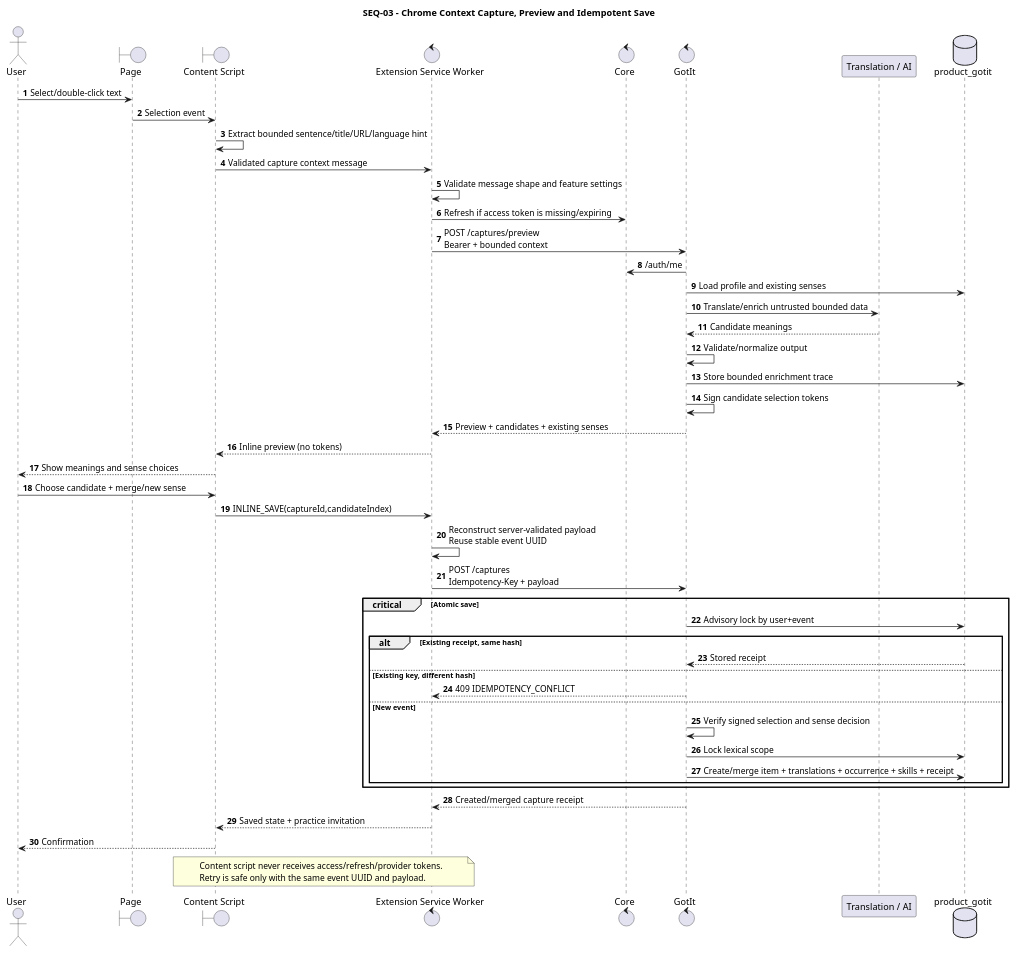
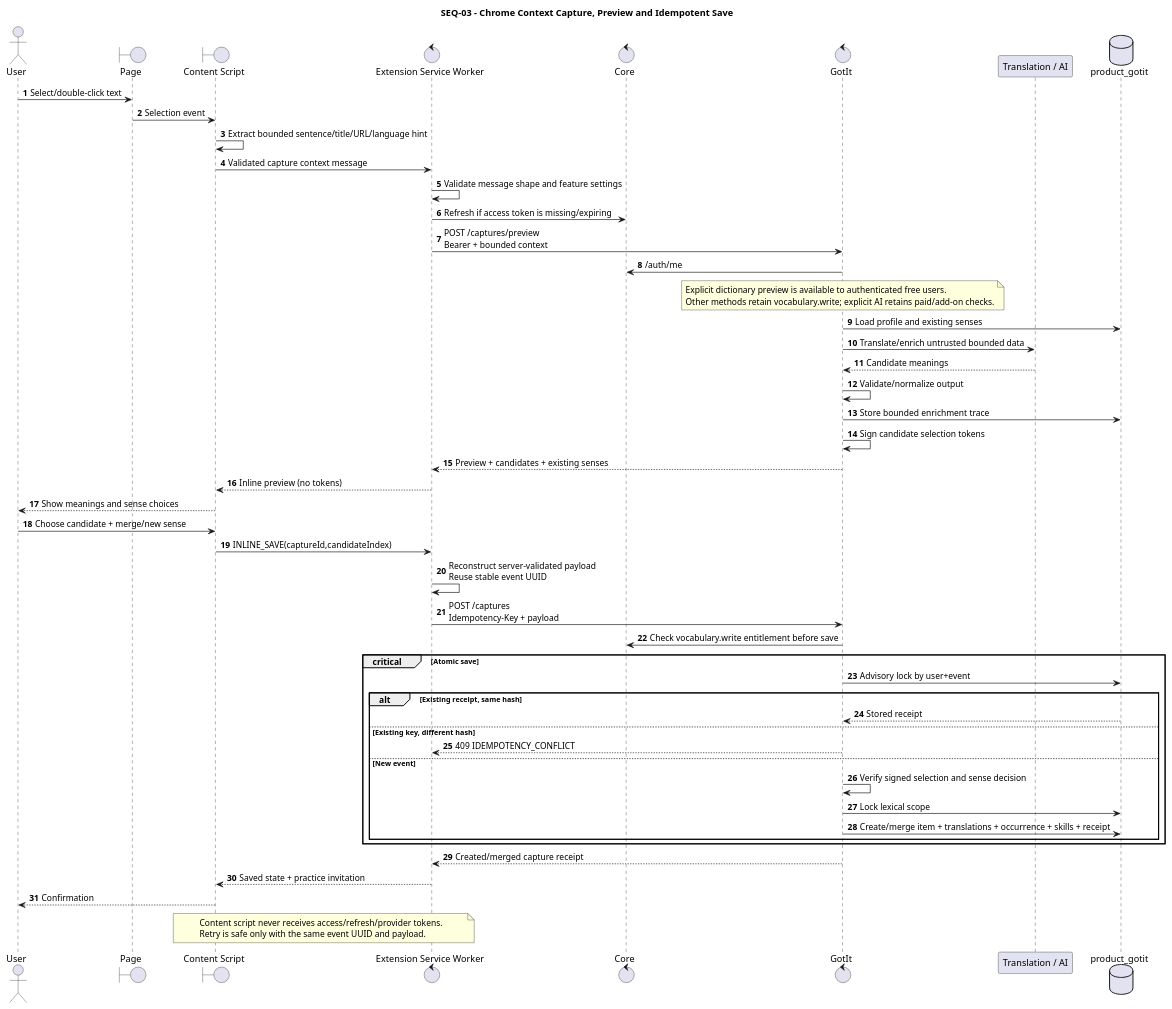
The diagram in uml/03-capture-extension.puml (rbaseapp/gotit-project-spec), drawn with PlantUML before and after one commit. The commit also changed 11 other files, not shown here.

First line of the commit message:
Document free Google preview contract and regression evidence

```diff
--- a/uml/03-capture-extension.puml
+++ b/uml/03-capture-extension.puml
@@ -1,53 +1,58 @@
 @startuml
 title SEQ-03 - Chrome Context Capture, Preview and Idempotent Save
 autonumber
 actor User
 boundary Page
 boundary Content as "Content Script"
 control Worker as "Extension Service Worker"
 control Core
 control GotIt
 participant Provider as "Translation / AI"
 database DB as "product_gotit"
 
 User -> Page: Select/double-click text
 Page -> Content: Selection event
 Content -> Content: Extract bounded sentence/title/URL/language hint
 Content -> Worker: Validated capture context message
 Worker -> Worker: Validate message shape and feature settings
 Worker -> Core: Refresh if access token is missing/expiring
 Worker -> GotIt: POST /captures/preview\nBearer + bounded context
 GotIt -> Core: /auth/me
+note over GotIt
+Explicit dictionary preview is available to authenticated free users.
+Other methods retain vocabulary.write; explicit AI retains paid/add-on checks.
+end note
 GotIt -> DB: Load profile and existing senses
 GotIt -> Provider: Translate/enrich untrusted bounded data
 Provider --> GotIt: Candidate meanings
 GotIt -> GotIt: Validate/normalize output
 GotIt -> DB: Store bounded enrichment trace
 GotIt -> GotIt: Sign candidate selection tokens
 GotIt --> Worker: Preview + candidates + existing senses
 Worker --> Content: Inline preview (no tokens)
 Content --> User: Show meanings and sense choices
 User -> Content: Choose candidate + merge/new sense
 Content -> Worker: INLINE_SAVE(captureId,candidateIndex)
 Worker -> Worker: Reconstruct server-validated payload\nReuse stable event UUID
 Worker -> GotIt: POST /captures\nIdempotency-Key + payload
+GotIt -> Core: Check vocabulary.write entitlement before save
 critical Atomic save
   GotIt -> DB: Advisory lock by user+event
   alt Existing receipt, same hash
     DB --> GotIt: Stored receipt
   else Existing key, different hash
     GotIt --> Worker: 409 IDEMPOTENCY_CONFLICT
   else New event
     GotIt -> GotIt: Verify signed selection and sense decision
     GotIt -> DB: Lock lexical scope
     GotIt -> DB: Create/merge item + translations + occurrence + skills + receipt
   end
 end
 GotIt --> Worker: Created/merged capture receipt
 Worker --> Content: Saved state + practice invitation
 Content --> User: Confirmation
 note over Content,Worker
 Content script never receives access/refresh/provider tokens.
 Retry is safe only with the same event UUID and payload.
 end note
 @enduml
```
